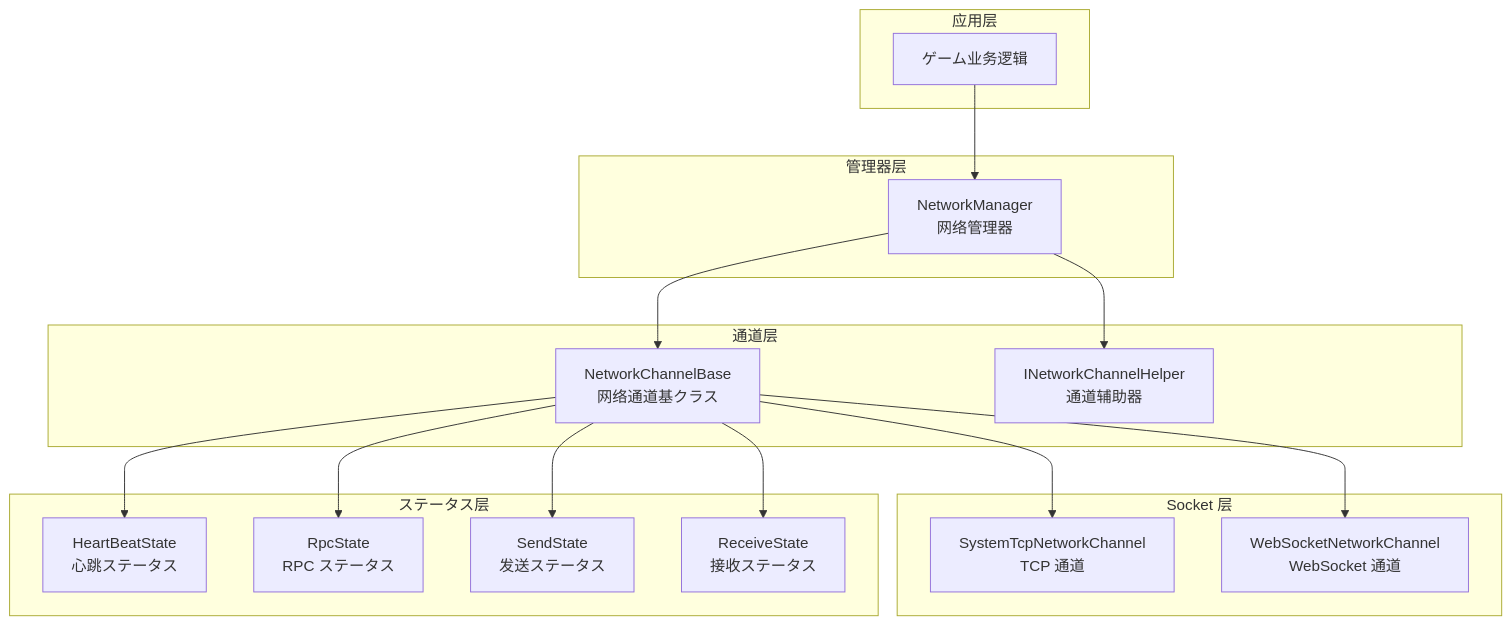
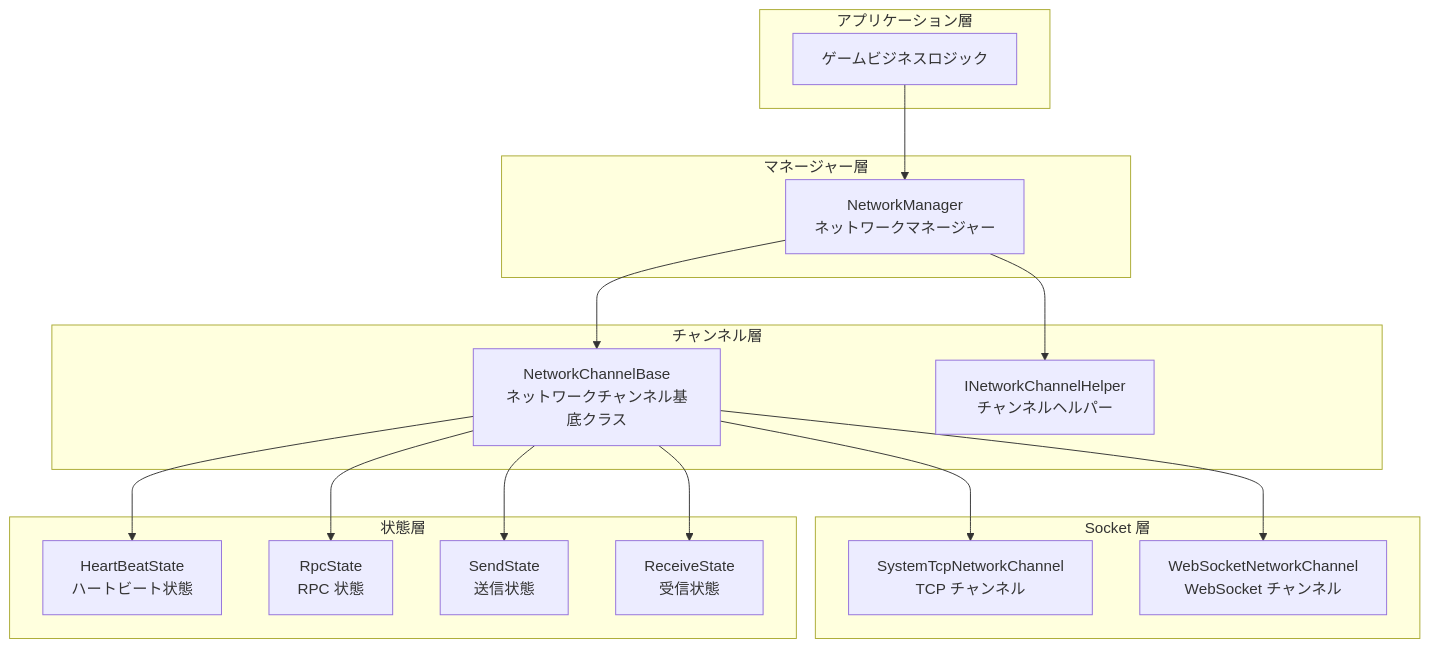
One commit to AlianBlank/GameFrameX.Docs changed the first of 3 diagrams in docs/ja/client/unity/component/network/04.network-manager.md. Above: the diagram before and after it, drawn with Mermaid. The commit also changed other lines of this file and 320 other files, not shown here.

````diff
--- a/docs/ja/client/unity/component/network/04.network-manager.md
+++ b/docs/ja/client/unity/component/network/04.network-manager.md
@@ -32,37 +32,37 @@
 ```mermaid
 flowchart TD
-    subgraph ApplicationLayer["应用层"]
-        GameLogic["ゲーム业务逻辑"]
+    subgraph ApplicationLayer["アプリケーション層"]
+        GameLogic["ゲームビジネスロジック"]
     end
 
-    subgraph ManagerLayer["管理器层"]
-        NM[NetworkManager<br/>网络管理器]
+    subgraph ManagerLayer["マネージャー層"]
+        NM[NetworkManager<br/>ネットワークマネージャー]
     end
 
-    subgraph ChannelLayer["通道层"]
-        NCB[NetworkChannelBase<br/>网络通道基クラス]
-        NCH[INetworkChannelHelper<br/>通道辅助器]
+    subgraph ChannelLayer["チャンネル層"]
+        NCB[NetworkChannelBase<br/>ネットワークチャンネル基底クラス]
+        NCH[INetworkChannelHelper<br/>チャンネルヘルパー]
     end
 
-    subgraph SocketLayer["Socket 层"]
-        TCP[SystemTcpNetworkChannel<br/>TCP 通道]
-        WS[WebSocketNetworkChannel<br/>WebSocket 通道]
+    subgraph SocketLayer["Socket 層"]
+        TCP[SystemTcpNetworkChannel<br/>TCP チャンネル]
+        WS[WebSocketNetworkChannel<br/>WebSocket チャンネル]
     end
 
-    subgraph StateLayer["ステータス层"]
-        HS[HeartBeatState<br/>心跳ステータス]
-        RS[RpcState<br/>RPC ステータス]
-        SS[SendState<br/>发送ステータス]
-        RCS[ReceiveState<br/>接收ステータス]
+    subgraph StateLayer["状態層"]
+        HS[HeartBeatState<br/>ハートビート状態]
+        RS[RpcState<br/>RPC 状態]
+        SS[SendState<br/>送信状態]
+        RCS[ReceiveState<br/>受信状態]
     end
 
     GameLogic --> NM
     NM --> NCB
     NM --> NCH
     NCB --> TCP
     NCB --> WS
     NCB --> HS
     NCB --> RS
     NCB --> SS
     NCB --> RCS
 ```
````
